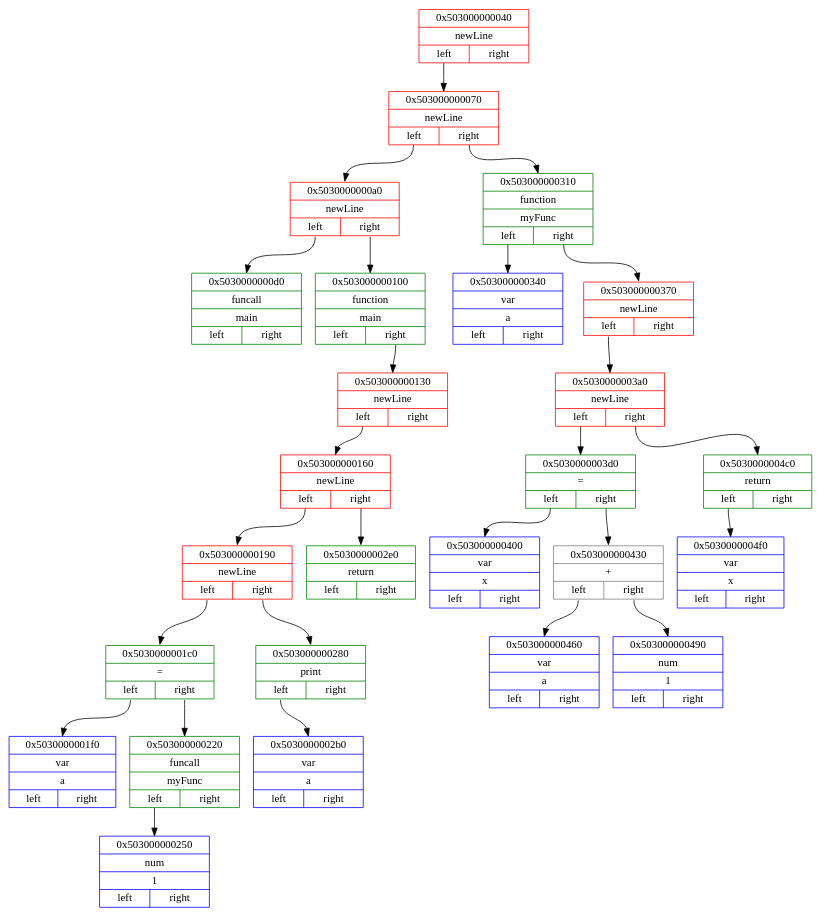
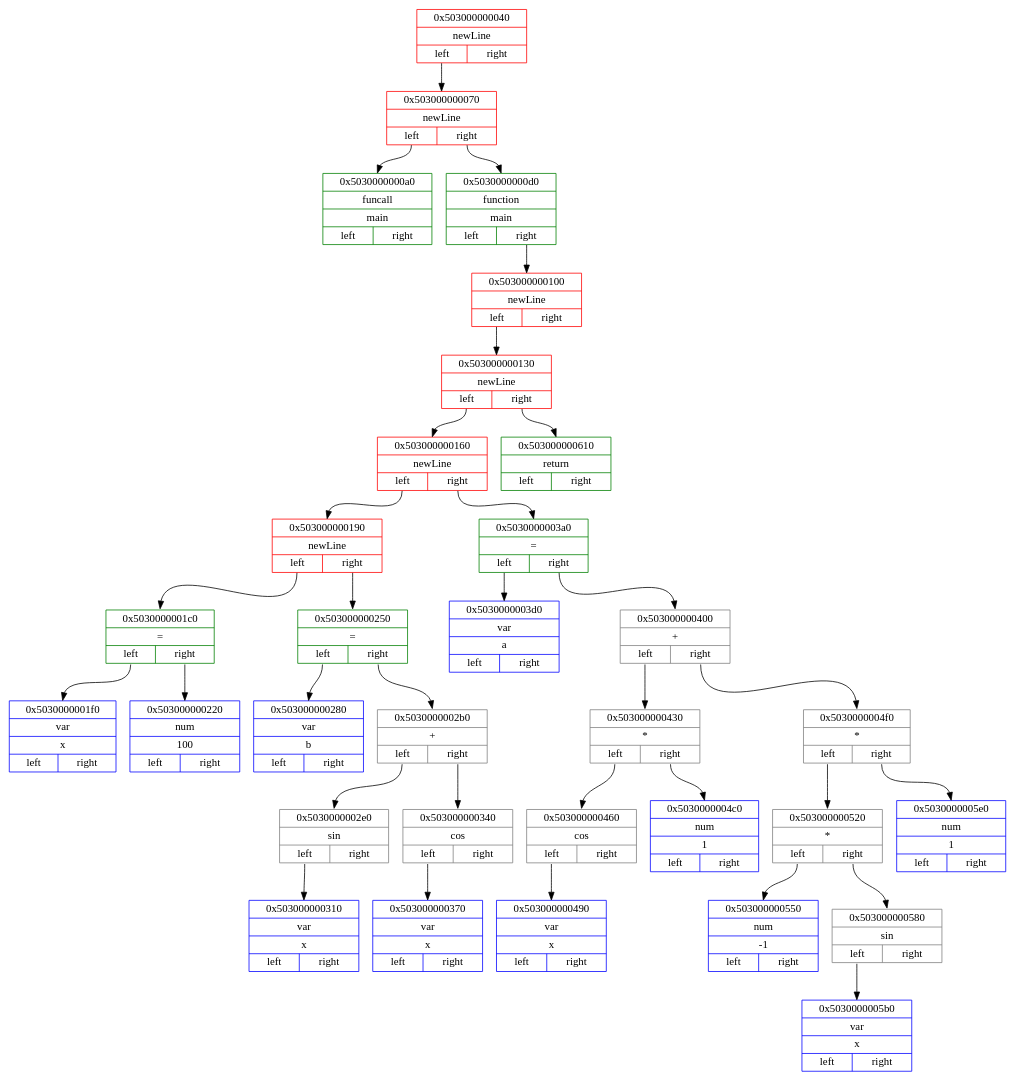
The diagram in dot_files/backendDotFile.dot (Matvey787/myProgLanguage), drawn with Graphviz before and after one commit. The commit also changed 35 other files, not shown here.

```diff
--- a/dot_files/backendDotFile.dot
+++ b/dot_files/backendDotFile.dot
@@ -1,56 +1,68 @@
 digraph
 { 
 rankdir=HR;
 
 node0x503000000040 [ shape=record, color = red rank = 1, label= "{ 0x503000000040 | newLine |         {<n0x503000000040_l> left | <n0x503000000040_r> right}} " ];
 node0x503000000070 [ shape=record, color = red rank = 2, label= "{ 0x503000000070 | newLine |         {<n0x503000000070_l> left | <n0x503000000070_r> right}} " ];
-node0x5030000000a0 [ shape=record, color = red rank = 3, label= "{ 0x5030000000a0 | newLine |         {<n0x5030000000a0_l> left | <n0x5030000000a0_r> right}} " ];
-node0x5030000000d0 [ shape=record, color = green rank = 4, label= "{ 0x5030000000d0 | funcall | main |         {<n0x5030000000d0_l> left | <n0x5030000000d0_r> right}} " ];
-node0x5030000000a0:<n0x5030000000a0_l>:s -> node0x5030000000d0:n [ color = black; ]
-node0x503000000100 [ shape=record, color = green rank = 5, label= "{ 0x503000000100 | function | main |         {<n0x503000000100_l> left | <n0x503000000100_r> right}} " ];
+node0x5030000000a0 [ shape=record, color = green rank = 3, label= "{ 0x5030000000a0 | funcall | main |         {<n0x5030000000a0_l> left | <n0x5030000000a0_r> right}} " ];
+node0x503000000070:<n0x503000000070_l>:s -> node0x5030000000a0:n [ color = black; ]
+node0x5030000000d0 [ shape=record, color = green rank = 4, label= "{ 0x5030000000d0 | function | main |         {<n0x5030000000d0_l> left | <n0x5030000000d0_r> right}} " ];
+node0x503000000100 [ shape=record, color = red rank = 5, label= "{ 0x503000000100 | newLine |         {<n0x503000000100_l> left | <n0x503000000100_r> right}} " ];
 node0x503000000130 [ shape=record, color = red rank = 6, label= "{ 0x503000000130 | newLine |         {<n0x503000000130_l> left | <n0x503000000130_r> right}} " ];
 node0x503000000160 [ shape=record, color = red rank = 7, label= "{ 0x503000000160 | newLine |         {<n0x503000000160_l> left | <n0x503000000160_r> right}} " ];
 node0x503000000190 [ shape=record, color = red rank = 8, label= "{ 0x503000000190 | newLine |         {<n0x503000000190_l> left | <n0x503000000190_r> right}} " ];
 node0x5030000001c0 [ shape=record, color = green rank = 9, label= "{ 0x5030000001c0 | = |         {<n0x5030000001c0_l> left | <n0x5030000001c0_r> right}} " ];
-node0x5030000001f0 [ shape=record, color = blue rank = 10, label= "{ 0x5030000001f0 | var | a |         {<n0x5030000001f0_l> left | <n0x5030000001f0_r> right}} " ];
+node0x5030000001f0 [ shape=record, color = blue rank = 10, label= "{ 0x5030000001f0 | var | x |         {<n0x5030000001f0_l> left | <n0x5030000001f0_r> right}} " ];
 node0x5030000001c0:<n0x5030000001c0_l>:s -> node0x5030000001f0:n [ color = black; ]
-node0x503000000220 [ shape=record, color = green rank = 11, label= "{ 0x503000000220 | funcall | myFunc |         {<n0x503000000220_l> left | <n0x503000000220_r> right}} " ];
-node0x503000000250 [ shape=record, color = blue rank = 12, label= "{ 0x503000000250 | num | 1 |         {<n0x503000000250_l> left | <n0x503000000250_r> right}} " ];
-node0x503000000220:<n0x503000000220_l>:s -> node0x503000000250:n [ color = black; ]
+node0x503000000220 [ shape=record, color = blue rank = 11, label= "{ 0x503000000220 | num | 100 |         {<n0x503000000220_l> left | <n0x503000000220_r> right}} " ];
 node0x5030000001c0:<n0x5030000001c0_r>:s -> node0x503000000220:n [ color = black; ]
 node0x503000000190:<n0x503000000190_l>:s -> node0x5030000001c0:n [ color = black; ]
-node0x503000000280 [ shape=record, color = green rank = 10, label= "{ 0x503000000280 | print |         {<n0x503000000280_l> left | <n0x503000000280_r> right}} " ];
-node0x5030000002b0 [ shape=record, color = blue rank = 11, label= "{ 0x5030000002b0 | var | a |         {<n0x5030000002b0_l> left | <n0x5030000002b0_r> right}} " ];
-node0x503000000280:<n0x503000000280_l>:s -> node0x5030000002b0:n [ color = black; ]
-node0x503000000190:<n0x503000000190_r>:s -> node0x503000000280:n [ color = black; ]
+node0x503000000250 [ shape=record, color = green rank = 10, label= "{ 0x503000000250 | = |         {<n0x503000000250_l> left | <n0x503000000250_r> right}} " ];
+node0x503000000280 [ shape=record, color = blue rank = 11, label= "{ 0x503000000280 | var | b |         {<n0x503000000280_l> left | <n0x503000000280_r> right}} " ];
+node0x503000000250:<n0x503000000250_l>:s -> node0x503000000280:n [ color = black; ]
+node0x5030000002b0 [ shape=record, color = grey rank = 12, label= "{ 0x5030000002b0 | + |         {<n0x5030000002b0_l> left | <n0x5030000002b0_r> right}} " ];
+node0x5030000002e0 [ shape=record, color = grey rank = 13, label= "{ 0x5030000002e0 | sin |         {<n0x5030000002e0_l> left | <n0x5030000002e0_r> right}} " ];
+node0x503000000310 [ shape=record, color = blue rank = 14, label= "{ 0x503000000310 | var | x |         {<n0x503000000310_l> left | <n0x503000000310_r> right}} " ];
+node0x5030000002e0:<n0x5030000002e0_l>:s -> node0x503000000310:n [ color = black; ]
+node0x5030000002b0:<n0x5030000002b0_l>:s -> node0x5030000002e0:n [ color = black; ]
+node0x503000000340 [ shape=record, color = grey rank = 14, label= "{ 0x503000000340 | cos |         {<n0x503000000340_l> left | <n0x503000000340_r> right}} " ];
+node0x503000000370 [ shape=record, color = blue rank = 15, label= "{ 0x503000000370 | var | x |         {<n0x503000000370_l> left | <n0x503000000370_r> right}} " ];
+node0x503000000340:<n0x503000000340_l>:s -> node0x503000000370:n [ color = black; ]
+node0x5030000002b0:<n0x5030000002b0_r>:s -> node0x503000000340:n [ color = black; ]
+node0x503000000250:<n0x503000000250_r>:s -> node0x5030000002b0:n [ color = black; ]
+node0x503000000190:<n0x503000000190_r>:s -> node0x503000000250:n [ color = black; ]
 node0x503000000160:<n0x503000000160_l>:s -> node0x503000000190:n [ color = black; ]
-node0x5030000002e0 [ shape=record, color = green rank = 9, label= "{ 0x5030000002e0 | return |         {<n0x5030000002e0_l> left | <n0x5030000002e0_r> right}} " ];
-node0x503000000160:<n0x503000000160_r>:s -> node0x5030000002e0:n [ color = black; ]
+node0x5030000003a0 [ shape=record, color = green rank = 9, label= "{ 0x5030000003a0 | = |         {<n0x5030000003a0_l> left | <n0x5030000003a0_r> right}} " ];
+node0x5030000003d0 [ shape=record, color = blue rank = 10, label= "{ 0x5030000003d0 | var | a |         {<n0x5030000003d0_l> left | <n0x5030000003d0_r> right}} " ];
+node0x5030000003a0:<n0x5030000003a0_l>:s -> node0x5030000003d0:n [ color = black; ]
+node0x503000000400 [ shape=record, color = grey rank = 11, label= "{ 0x503000000400 | + |         {<n0x503000000400_l> left | <n0x503000000400_r> right}} " ];
+node0x503000000430 [ shape=record, color = grey rank = 12, label= "{ 0x503000000430 | * |         {<n0x503000000430_l> left | <n0x503000000430_r> right}} " ];
+node0x503000000460 [ shape=record, color = grey rank = 13, label= "{ 0x503000000460 | cos |         {<n0x503000000460_l> left | <n0x503000000460_r> right}} " ];
+node0x503000000490 [ shape=record, color = blue rank = 14, label= "{ 0x503000000490 | var | x |         {<n0x503000000490_l> left | <n0x503000000490_r> right}} " ];
+node0x503000000460:<n0x503000000460_l>:s -> node0x503000000490:n [ color = black; ]
+node0x503000000430:<n0x503000000430_l>:s -> node0x503000000460:n [ color = black; ]
+node0x5030000004c0 [ shape=record, color = blue rank = 14, label= "{ 0x5030000004c0 | num | 1 |         {<n0x5030000004c0_l> left | <n0x5030000004c0_r> right}} " ];
+node0x503000000430:<n0x503000000430_r>:s -> node0x5030000004c0:n [ color = black; ]
+node0x503000000400:<n0x503000000400_l>:s -> node0x503000000430:n [ color = black; ]
+node0x5030000004f0 [ shape=record, color = grey rank = 13, label= "{ 0x5030000004f0 | * |         {<n0x5030000004f0_l> left | <n0x5030000004f0_r> right}} " ];
+node0x503000000520 [ shape=record, color = grey rank = 14, label= "{ 0x503000000520 | * |         {<n0x503000000520_l> left | <n0x503000000520_r> right}} " ];
+node0x503000000550 [ shape=record, color = blue rank = 15, label= "{ 0x503000000550 | num | -1 |         {<n0x503000000550_l> left | <n0x503000000550_r> right}} " ];
+node0x503000000520:<n0x503000000520_l>:s -> node0x503000000550:n [ color = black; ]
+node0x503000000580 [ shape=record, color = grey rank = 16, label= "{ 0x503000000580 | sin |         {<n0x503000000580_l> left | <n0x503000000580_r> right}} " ];
+node0x5030000005b0 [ shape=record, color = blue rank = 17, label= "{ 0x5030000005b0 | var | x |         {<n0x5030000005b0_l> left | <n0x5030000005b0_r> right}} " ];
+node0x503000000580:<n0x503000000580_l>:s -> node0x5030000005b0:n [ color = black; ]
+node0x503000000520:<n0x503000000520_r>:s -> node0x503000000580:n [ color = black; ]
+node0x5030000004f0:<n0x5030000004f0_l>:s -> node0x503000000520:n [ color = black; ]
+node0x5030000005e0 [ shape=record, color = blue rank = 15, label= "{ 0x5030000005e0 | num | 1 |         {<n0x5030000005e0_l> left | <n0x5030000005e0_r> right}} " ];
+node0x5030000004f0:<n0x5030000004f0_r>:s -> node0x5030000005e0:n [ color = black; ]
+node0x503000000400:<n0x503000000400_r>:s -> node0x5030000004f0:n [ color = black; ]
+node0x5030000003a0:<n0x5030000003a0_r>:s -> node0x503000000400:n [ color = black; ]
+node0x503000000160:<n0x503000000160_r>:s -> node0x5030000003a0:n [ color = black; ]
 node0x503000000130:<n0x503000000130_l>:s -> node0x503000000160:n [ color = black; ]
-node0x503000000100:<n0x503000000100_r>:s -> node0x503000000130:n [ color = black; ]
-node0x5030000000a0:<n0x5030000000a0_r>:s -> node0x503000000100:n [ color = black; ]
-node0x503000000070:<n0x503000000070_l>:s -> node0x5030000000a0:n [ color = black; ]
-node0x503000000310 [ shape=record, color = green rank = 4, label= "{ 0x503000000310 | function | myFunc |         {<n0x503000000310_l> left | <n0x503000000310_r> right}} " ];
-node0x503000000340 [ shape=record, color = blue rank = 5, label= "{ 0x503000000340 | var | a |         {<n0x503000000340_l> left | <n0x503000000340_r> right}} " ];
-node0x503000000310:<n0x503000000310_l>:s -> node0x503000000340:n [ color = black; ]
-node0x503000000370 [ shape=record, color = red rank = 6, label= "{ 0x503000000370 | newLine |         {<n0x503000000370_l> left | <n0x503000000370_r> right}} " ];
-node0x5030000003a0 [ shape=record, color = red rank = 7, label= "{ 0x5030000003a0 | newLine |         {<n0x5030000003a0_l> left | <n0x5030000003a0_r> right}} " ];
-node0x5030000003d0 [ shape=record, color = green rank = 8, label= "{ 0x5030000003d0 | = |         {<n0x5030000003d0_l> left | <n0x5030000003d0_r> right}} " ];
-node0x503000000400 [ shape=record, color = blue rank = 9, label= "{ 0x503000000400 | var | x |         {<n0x503000000400_l> left | <n0x503000000400_r> right}} " ];
-node0x5030000003d0:<n0x5030000003d0_l>:s -> node0x503000000400:n [ color = black; ]
-node0x503000000430 [ shape=record, color = grey rank = 10, label= "{ 0x503000000430 | + |         {<n0x503000000430_l> left | <n0x503000000430_r> right}} " ];
-node0x503000000460 [ shape=record, color = blue rank = 11, label= "{ 0x503000000460 | var | a |         {<n0x503000000460_l> left | <n0x503000000460_r> right}} " ];
-node0x503000000430:<n0x503000000430_l>:s -> node0x503000000460:n [ color = black; ]
-node0x503000000490 [ shape=record, color = blue rank = 12, label= "{ 0x503000000490 | num | 1 |         {<n0x503000000490_l> left | <n0x503000000490_r> right}} " ];
-node0x503000000430:<n0x503000000430_r>:s -> node0x503000000490:n [ color = black; ]
-node0x5030000003d0:<n0x5030000003d0_r>:s -> node0x503000000430:n [ color = black; ]
-node0x5030000003a0:<n0x5030000003a0_l>:s -> node0x5030000003d0:n [ color = black; ]
-node0x5030000004c0 [ shape=record, color = green rank = 9, label= "{ 0x5030000004c0 | return |         {<n0x5030000004c0_l> left | <n0x5030000004c0_r> right}} " ];
-node0x5030000004f0 [ shape=record, color = blue rank = 10, label= "{ 0x5030000004f0 | var | x |         {<n0x5030000004f0_l> left | <n0x5030000004f0_r> right}} " ];
-node0x5030000004c0:<n0x5030000004c0_l>:s -> node0x5030000004f0:n [ color = black; ]
-node0x5030000003a0:<n0x5030000003a0_r>:s -> node0x5030000004c0:n [ color = black; ]
-node0x503000000370:<n0x503000000370_l>:s -> node0x5030000003a0:n [ color = black; ]
-node0x503000000310:<n0x503000000310_r>:s -> node0x503000000370:n [ color = black; ]
-node0x503000000070:<n0x503000000070_r>:s -> node0x503000000310:n [ color = black; ]
+node0x503000000610 [ shape=record, color = green rank = 8, label= "{ 0x503000000610 | return |         {<n0x503000000610_l> left | <n0x503000000610_r> right}} " ];
+node0x503000000130:<n0x503000000130_r>:s -> node0x503000000610:n [ color = black; ]
+node0x503000000100:<n0x503000000100_l>:s -> node0x503000000130:n [ color = black; ]
+node0x5030000000d0:<n0x5030000000d0_r>:s -> node0x503000000100:n [ color = black; ]
+node0x503000000070:<n0x503000000070_r>:s -> node0x5030000000d0:n [ color = black; ]
 node0x503000000040:<n0x503000000040_l>:s -> node0x503000000070:n [ color = black; ]
 }
```
